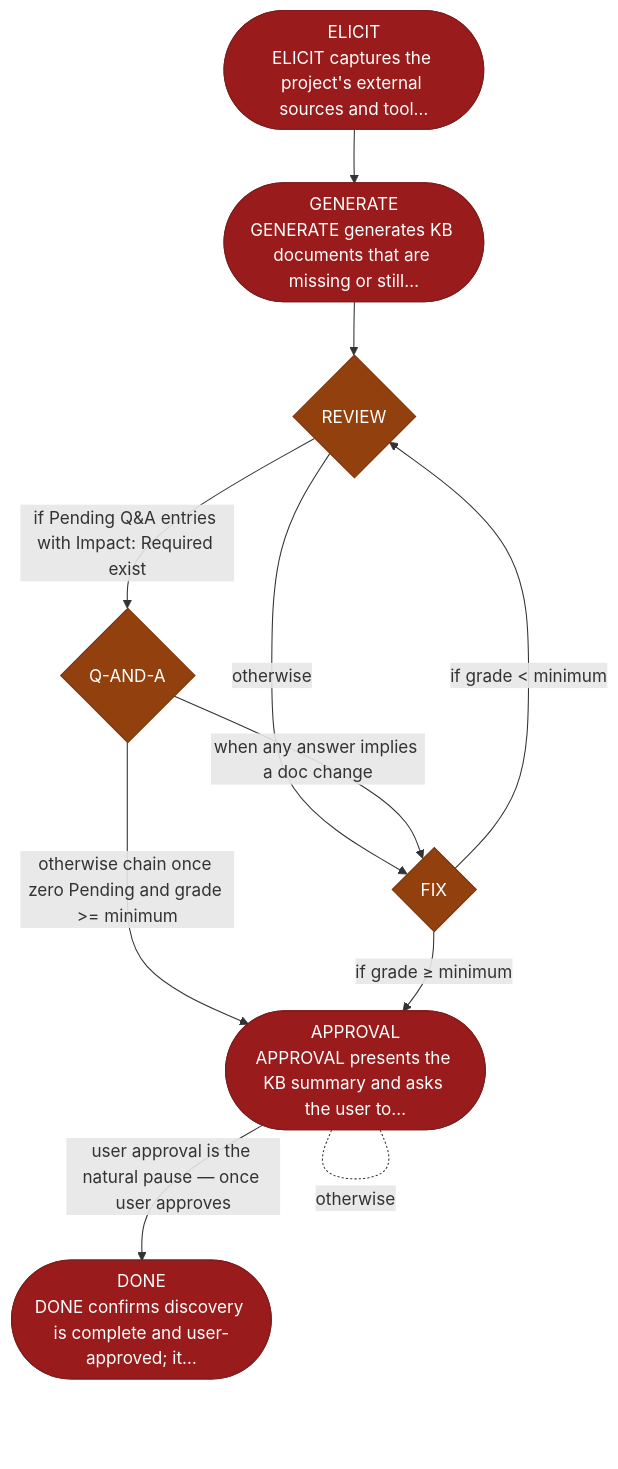
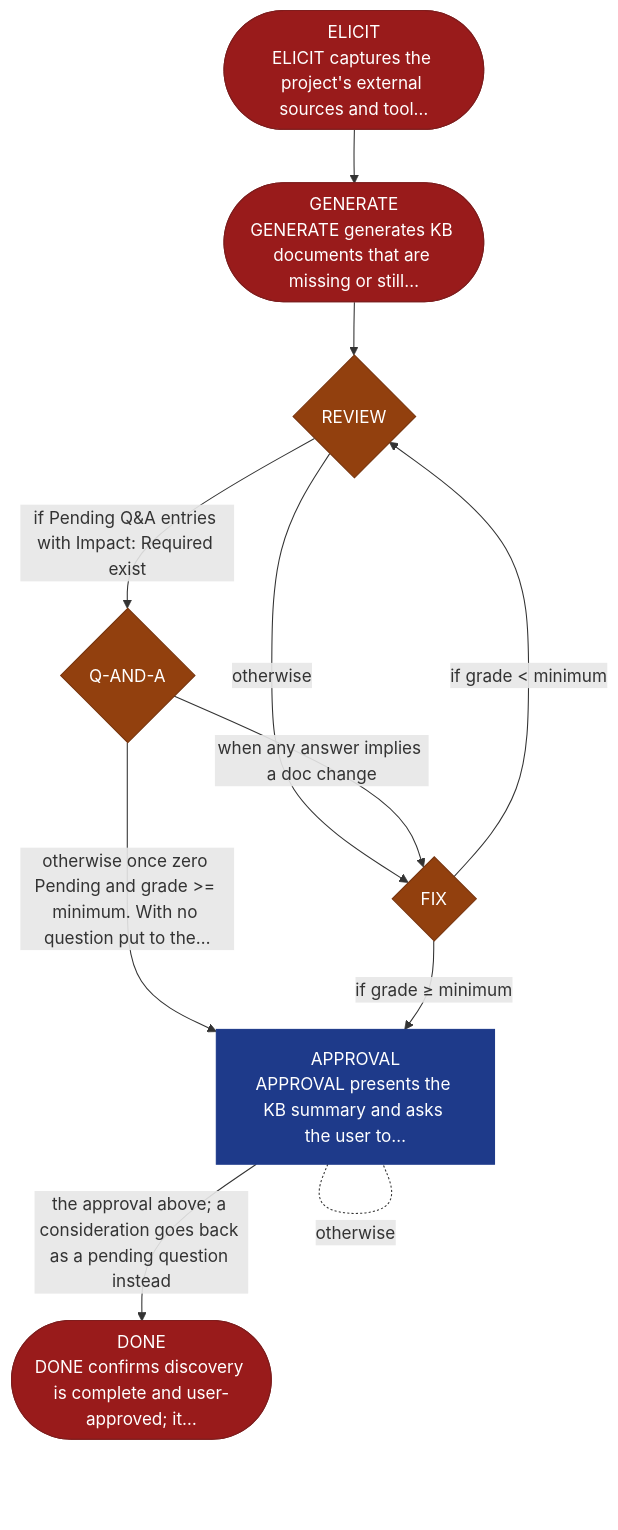
The diagram in site/src/content/docs/skills/aid-discover.md (AndreVianna/aid-methodology), drawn with Mermaid before and after one commit. The commit also changed other lines of this file and 7 other files, not shown here.

````diff
--- a/site/src/content/docs/skills/aid-discover.md
+++ b/site/src/content/docs/skills/aid-discover.md
@@ -20,40 +20,40 @@
 ```mermaid
 flowchart TB
   classDef aidNode color:#fff
   classDef aidEntry fill:#166534,stroke:#14532d,color:#fff
   classDef aidExit fill:#991b1b,stroke:#7f1d1d,color:#fff
   classDef aidDecision fill:#92400e,stroke:#78350f,color:#fff
   classDef aidLoopBack fill:#1e3a8a,stroke:#1e3a8a,color:#fff
   classDef aidStep fill:#1a2035,stroke:#d4a853,color:#f1f5f9
   n1(["ELICIT<br/>ELICIT captures the project's external sources and tool…"])
   n2(["GENERATE<br/>GENERATE generates KB documents that are missing or still…"])
   n3{"REVIEW"}
   n4{"Q-AND-A"}
   n5{"FIX"}
-  n6(["APPROVAL<br/>APPROVAL presents the KB summary and asks the user to…"])
+  n6["APPROVAL<br/>APPROVAL presents the KB summary and asks the user to…"]
   n7(["DONE<br/>DONE confirms discovery is complete and user-approved; it…"])
   n1 --> n2
   n2 --> n3
   n3 -->|"if Pending Q&amp;A entries with Impact: Required exist"| n4
   n3 -->|"otherwise"| n5
   n4 -->|"when any answer implies a doc change"| n5
-  n4 -->|"otherwise chain once zero Pending and grade &gt;= minimum"| n6
+  n4 -->|"otherwise once zero Pending and grade &gt;= minimum. With no question put to the…"| n6
   n5 -->|"if grade &lt; minimum"| n3
   n5 -->|"if grade ≥ minimum"| n6
   n6 -. "otherwise" .- n6
-  n6 -->|"user approval is the natural pause — once user approves"| n7
+  n6 -->|"the approval above; a consideration goes back as a pending question instead"| n7
   class n1 aidExit
   class n2 aidExit
   class n3 aidDecision
   class n4 aidDecision
   class n5 aidDecision
-  class n6 aidExit
+  class n6 aidLoopBack
   class n7 aidExit
   class n1 aidNode
   class n2 aidNode
   class n3 aidNode
   class n4 aidNode
   class n5 aidNode
   class n6 aidNode
   class n7 aidNode
 ```
````
